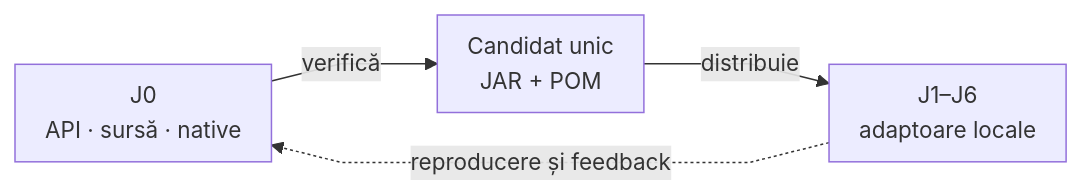
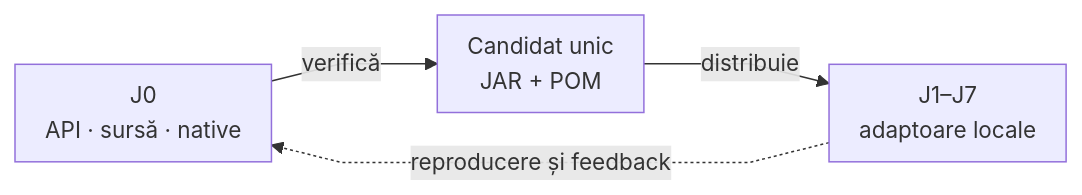
Before and after one commit to crististefanita/atf_j0: the diagram in docs/ATF_Test_Kit_Library.md, drawn with Mermaid. The commit also changed other lines of this file and 28 other files, not shown here.

````diff
--- a/docs/ATF_Test_Kit_Library.md
+++ b/docs/ATF_Test_Kit_Library.md
@@ -21,7 +21,7 @@
 ```mermaid
 %%{init: {"themeVariables":{"fontSize":"15px"},"flowchart":{"curve":"linear","nodeSpacing":24,"rankSpacing":40,"padding":10}}}%%
 flowchart LR
     Owner["J0<br/>API · sursă · native"] -->|verifică| Pair["Candidat unic<br/>JAR + POM"]
-    Pair -->|distribuie| Consumers["J1–J6<br/>adaptoare locale"]
+    Pair -->|distribuie| Consumers["J1–J7<br/>adaptoare locale"]
     Consumers -.->|reproducere și feedback| Owner
 ```
````
